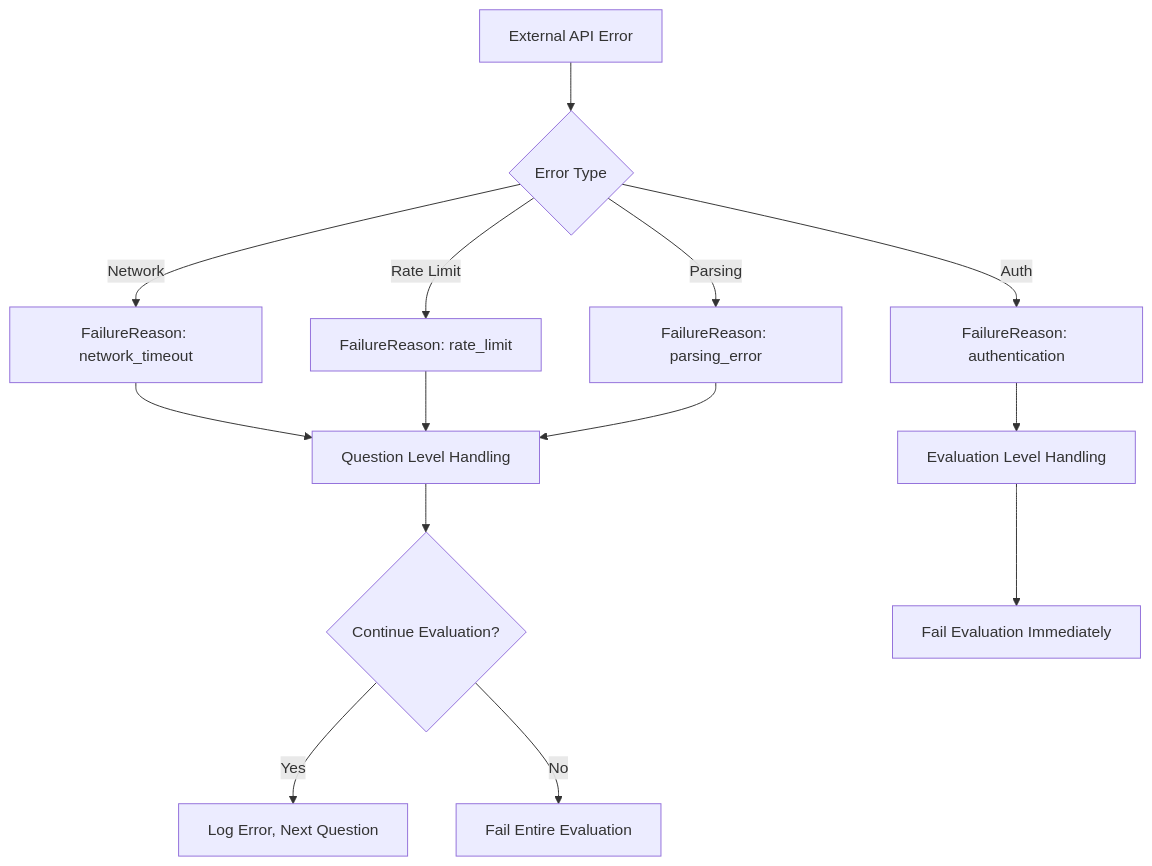
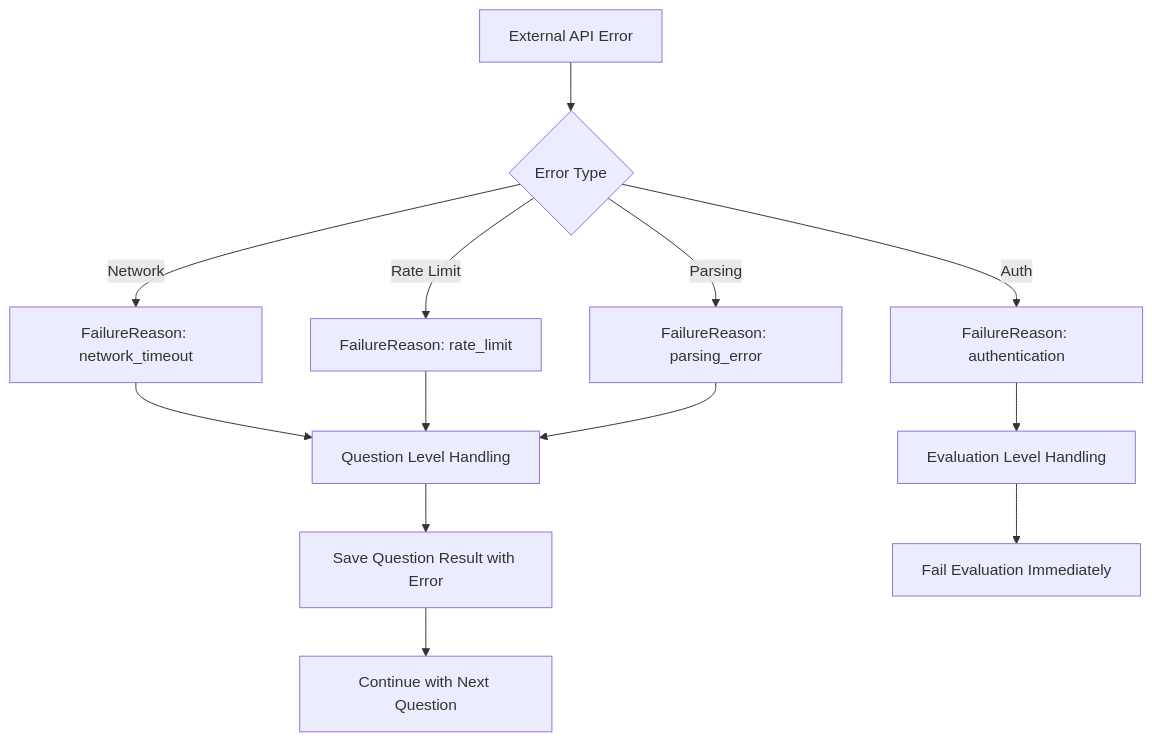
One commit to thompsonson/c4ai-ml-agents-v2 changed the sixth of 7 diagrams in documentation/v2-application-services-architecture.md. Above: the diagram before and after it, drawn with Mermaid. The commit also changed other lines of this file and 3 other files, not shown here.

````diff
--- a/documentation/v2-application-services-architecture.md
+++ b/documentation/v2-application-services-architecture.md
@@ -395,20 +447,19 @@
 ```mermaid
 flowchart TD
     A[External API Error] --> B{Error Type}
 
     B -->|Network| C[FailureReason: network_timeout]
     B -->|Rate Limit| D[FailureReason: rate_limit]
     B -->|Auth| E[FailureReason: authentication]
     B -->|Parsing| F[FailureReason: parsing_error]
 
     C --> G[Question Level Handling]
     D --> G
     E --> H[Evaluation Level Handling]
     F --> G
 
-    G --> I{Continue Evaluation?}
-    I -->|Yes| J[Log Error, Next Question]
-    I -->|No| K[Fail Entire Evaluation]
+    G --> I[Save Question Result with Error]
+    I --> J[Continue with Next Question]
 
-    H --> L[Fail Evaluation Immediately]
+    H --> K[Fail Evaluation Immediately]
 ```
````
